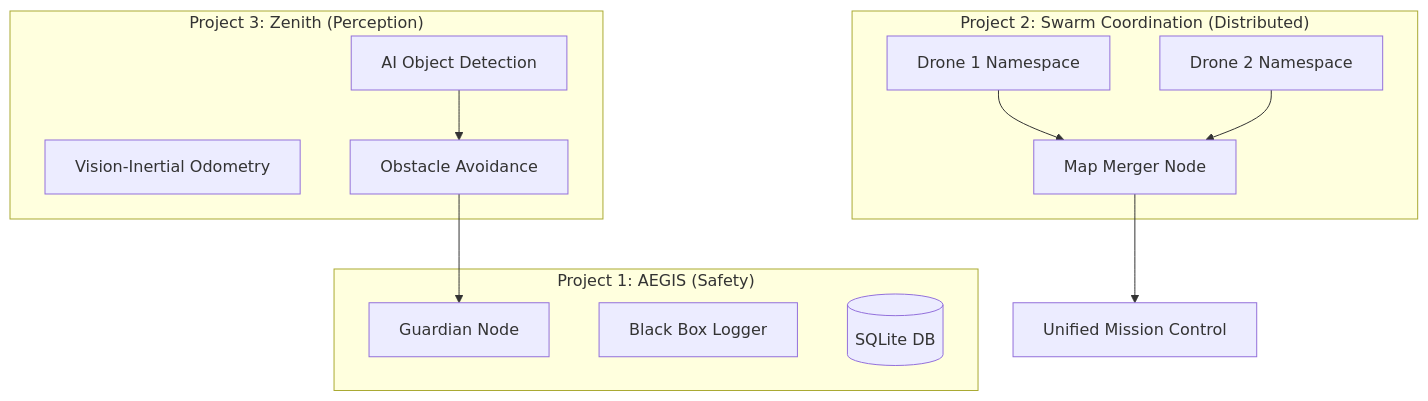
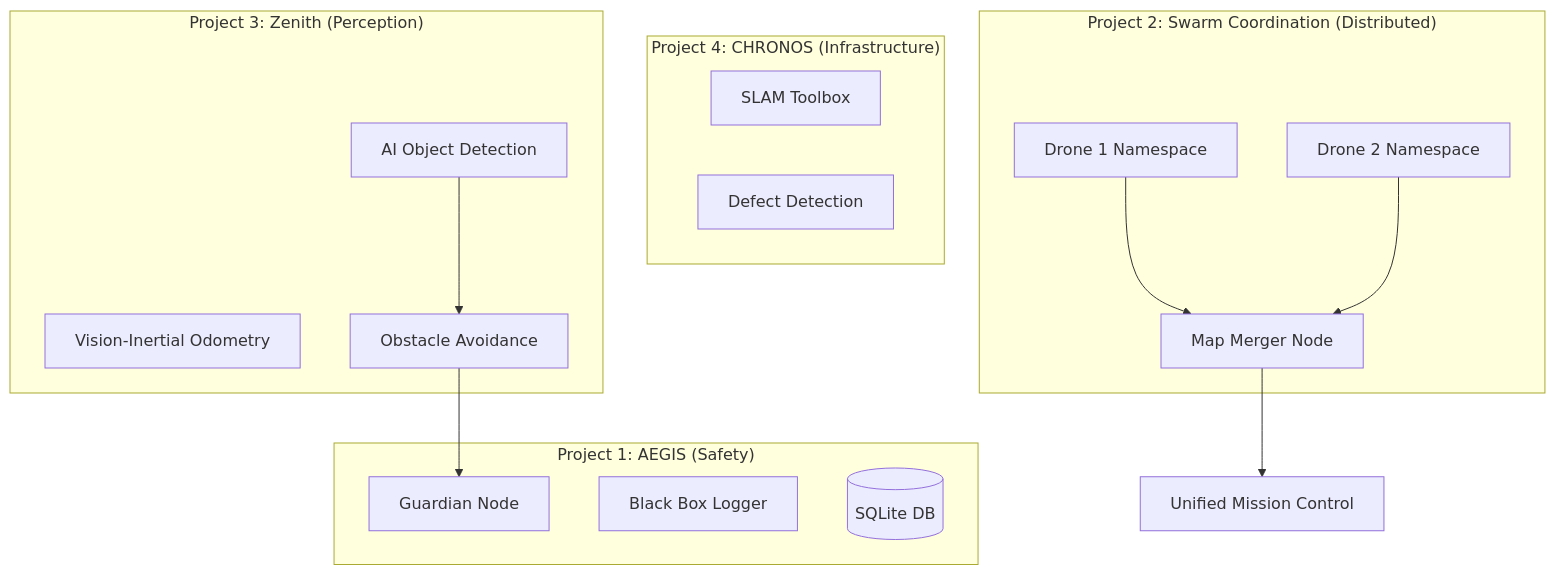
Before and after one commit to yogesh031020/Autonomous-UAV-Trinity-Stack: the diagram in README.md, drawn with Mermaid. The commit also changed other lines of this file and 13 other files, not shown here.

Commit message:
feat: Project 4 (CHRONOS) 100% complete - GPS-Denied SLAM & AI Inspection

````diff
--- a/README.md
+++ b/README.md
@@ -11,27 +11,32 @@
 ```mermaid
 graph TD
     subgraph "Project 3: Zenith (Perception)"
         VIO[Vision-Inertial Odometry]
         YOLO[AI Object Detection]
         OA[Obstacle Avoidance]
+    end
+
+    subgraph "Project 4: CHRONOS (Infrastructure)"
+        SLAM[SLAM Toolbox]
+        DL[Defect Detection]
     end
 
     subgraph "Project 2: Swarm Coordination (Distributed)"
         D1[Drone 1 Namespace]
         D2[Drone 2 Namespace]
         MM[Map Merger Node]
         D1 --> MM
         D2 --> MM
     end
 
     subgraph "Project 1: AEGIS (Safety)"
         GN[Guardian Node]
         BBL[Black Box Logger]
         SQLite[(SQLite DB)]
     end
 
     %% Integrated Flow
     YOLO --> OA
     OA --> GN
     MM --> GroundStation[Unified Mission Control]
 ```
````
